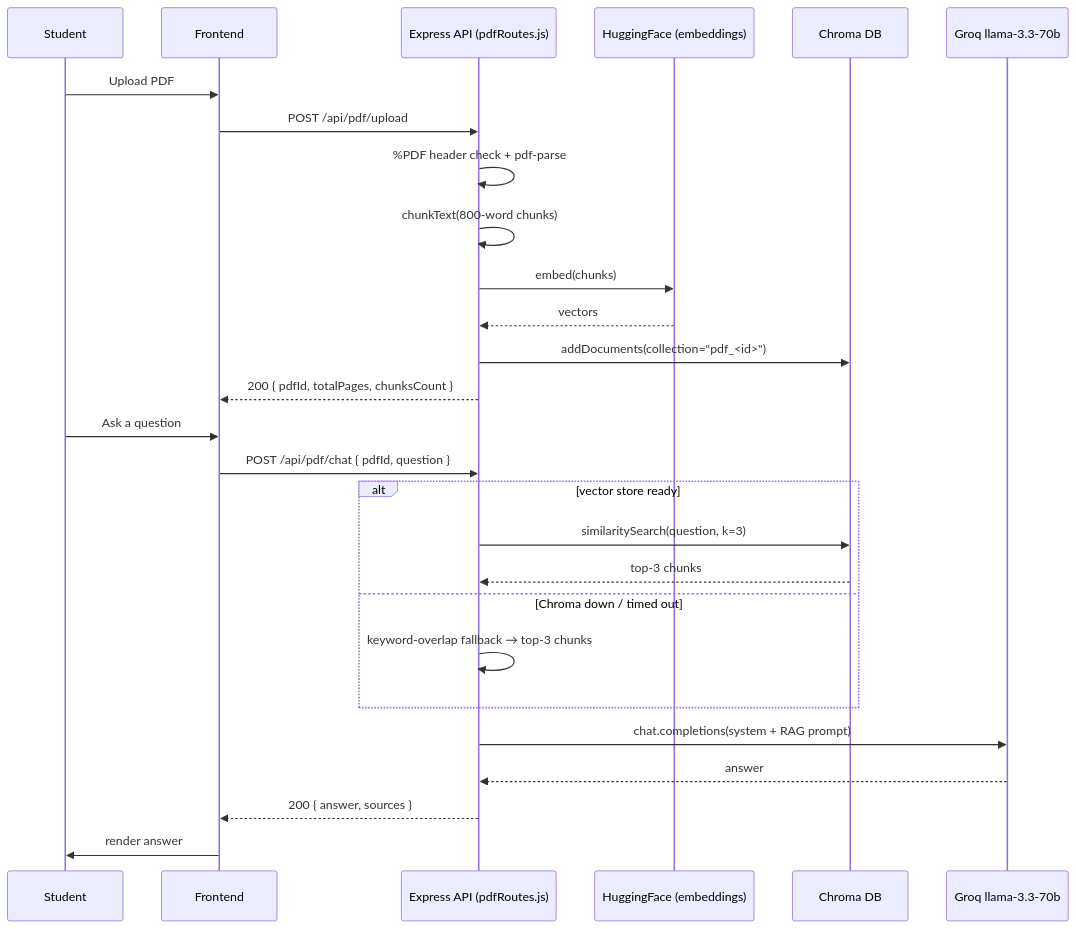
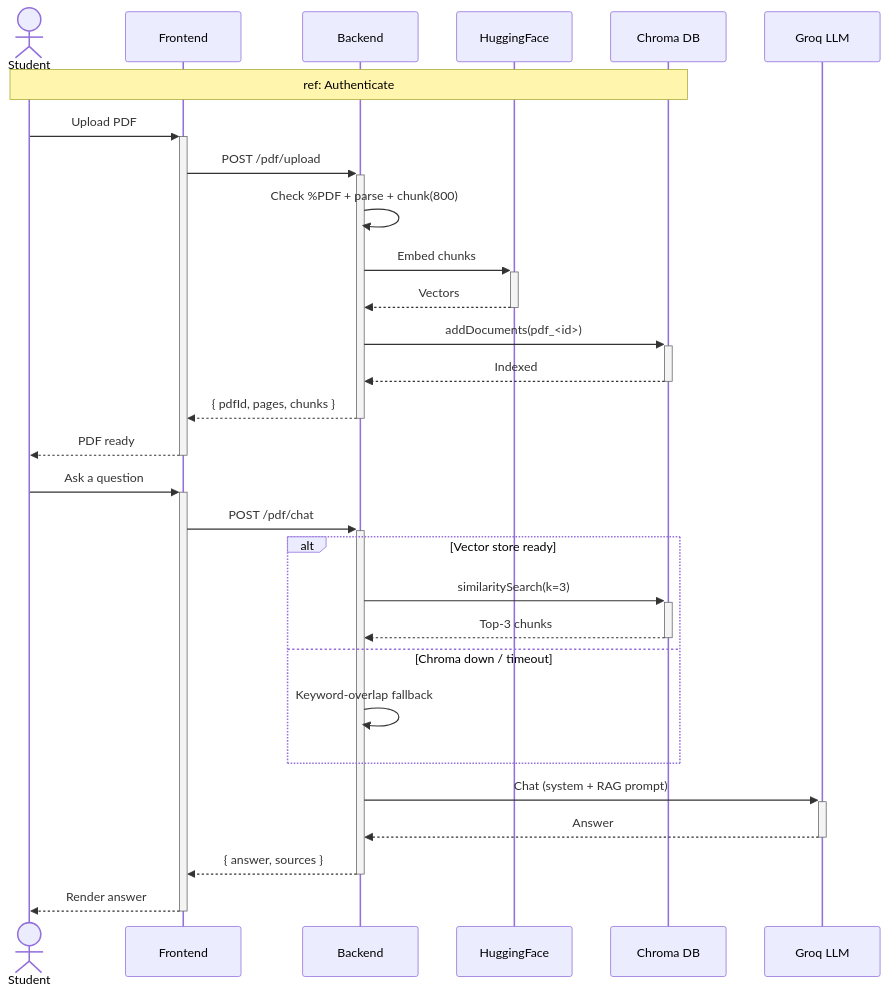
One commit to MaizaAymen/OmniLearn changed the eighth of 19 diagrams in docs/11_flows_and_diagrams.md. Above: the diagram before and after it, drawn with Mermaid. The commit also changed other lines of this file and 4 other files, not shown here.

````diff
--- a/docs/11_flows_and_diagrams.md
+++ b/docs/11_flows_and_diagrams.md
@@ -432,31 +455,36 @@
 ```mermaid
 sequenceDiagram
-  participant S as Student
-  participant FE as Frontend
-  participant API as Express API (pdfRoutes.js)
-  participant HF as HuggingFace (embeddings)
-  participant VS as Chroma DB
-  participant LLM as Groq llama-3.3-70b
+    actor Student
+    participant FE as Frontend
+    participant API as Backend
+    participant HF as HuggingFace
+    participant VS as Chroma DB
+    participant LLM as Groq LLM
 
-  S->>FE: Upload PDF
-  FE->>API: POST /api/pdf/upload
-  API->>API: %PDF header check + pdf-parse
-  API->>API: chunkText(800-word chunks)
-  API->>HF: embed(chunks)
-  HF-->>API: vectors
-  API->>VS: addDocuments(collection="pdf_<id>")
-  API-->>FE: 200 { pdfId, totalPages, chunksCount }
+    Note over Student,VS: ref: Authenticate
 
-  S->>FE: Ask a question
-  FE->>API: POST /api/pdf/chat { pdfId, question }
-  alt vector store ready
-    API->>VS: similaritySearch(question, k=3)
-    VS-->>API: top-3 chunks
-  else Chroma down / timed out
-    API->>API: keyword-overlap fallback → top-3 chunks
-  end
-  API->>LLM: chat.completions(system + RAG prompt)
-  LLM-->>API: answer
-  API-->>FE: 200 { answer, sources }
-  FE->>S: render answer
+    Student->>+FE: Upload PDF
+    FE->>+API: POST /pdf/upload
+    API->>API: Check %PDF + parse + chunk(800)
+    API->>+HF: Embed chunks
+    HF-->>-API: Vectors
+    API->>+VS: addDocuments(pdf_<id>)
+    VS-->>-API: Indexed
+    API-->>-FE: { pdfId, pages, chunks }
+    FE-->>-Student: PDF ready
+
+    Student->>+FE: Ask a question
+    FE->>+API: POST /pdf/chat
+
+    alt Vector store ready
+        API->>+VS: similaritySearch(k=3)
+        VS-->>-API: Top-3 chunks
+    else Chroma down / timeout
+        API->>API: Keyword-overlap fallback
+    end
+
+    API->>+LLM: Chat (system + RAG prompt)
+    LLM-->>-API: Answer
+    API-->>-FE: { answer, sources }
+    FE-->>-Student: Render answer
 ```
````
